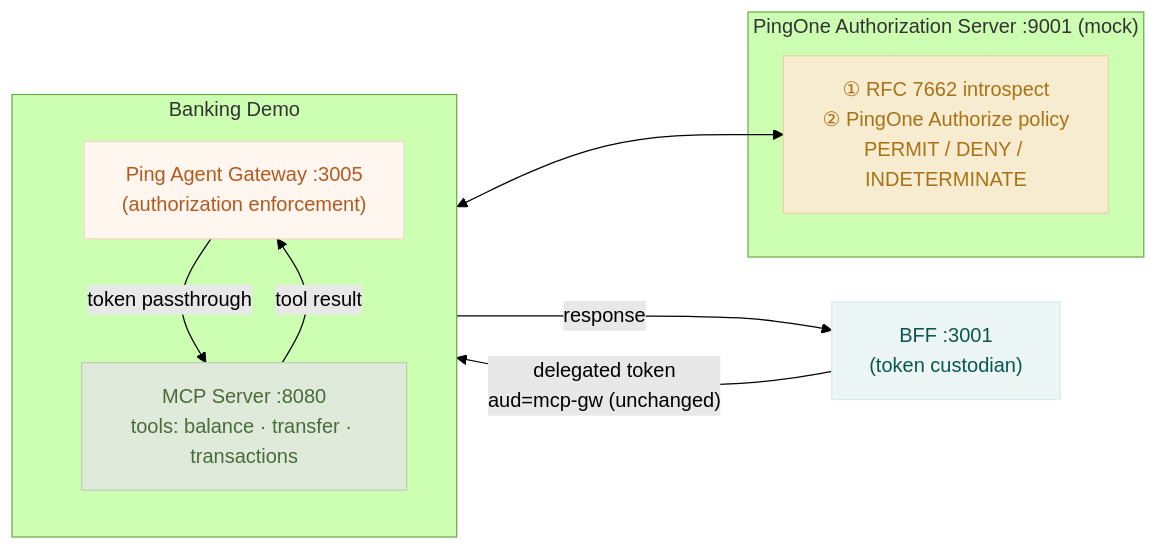
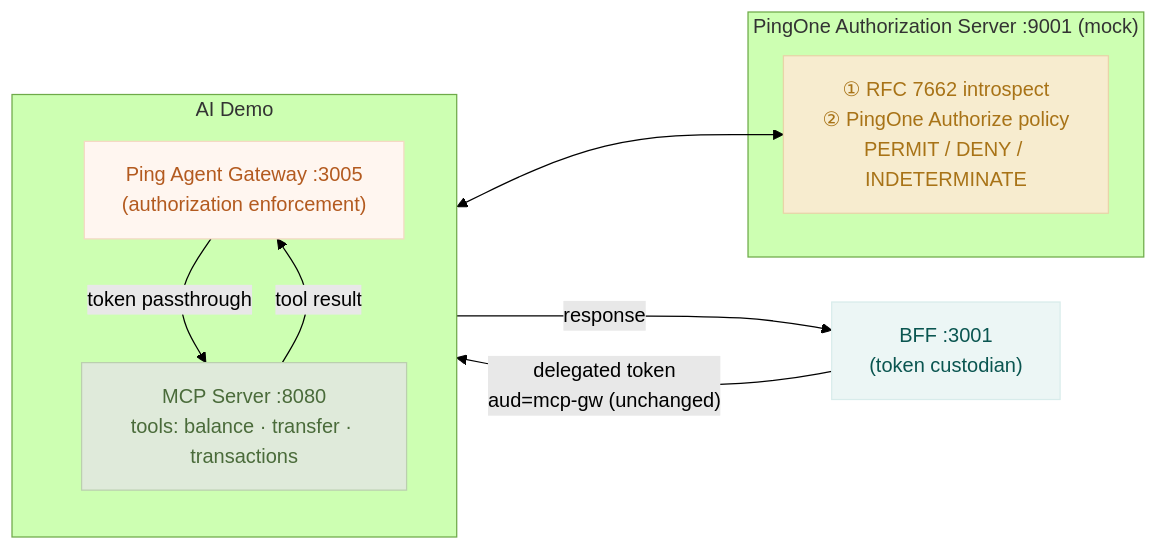
The second of 2 diagrams in README.md (curtismu7/AI-DEMO2), drawn with Mermaid (forest theme) before and after one commit. The commit also changed other lines of this file and 322 other files, not shown here.

````diff
--- a/README.md
+++ b/README.md
@@ -861,25 +861,25 @@
 ```mermaid
 flowchart LR
-    subgraph Demo["Banking Demo"]
+    subgraph Demo["AI Demo"]
         direction TB
         GATEWAY["Ping Agent Gateway :3005\n(authorization enforcement)"]
         MCP_SERVER["MCP Server :8080\ntools: balance · transfer · transactions"]
     end
 
     subgraph PingAS["PingOne Authorization Server :9001 (mock)"]
         PING["① RFC 7662 introspect\n② PingOne Authorize policy\nPERMIT / DENY / INDETERMINATE"]
     end
 
     BFF["BFF :3001\n(token custodian)"]
 
     BFF -- "delegated token\naud=mcp-gw (unchanged)" --> GATEWAY
     GATEWAY -- "token passthrough" --> MCP_SERVER
     MCP_SERVER -- "tool result" --> GATEWAY
     GATEWAY -- "response" --> BFF
     GATEWAY <--> PING
 
     style GATEWAY fill:#fff6f0,stroke:#f5d9c4,color:#b35a1f
     style PING fill:#f7eccf,stroke:#e8d4a8,color:#a87317
     style BFF fill:#ecf6f5,stroke:#d8eceb,color:#0a5550
     style MCP_SERVER fill:#dfeada,stroke:#bbcfae,color:#4a6b3a
 ```
````
